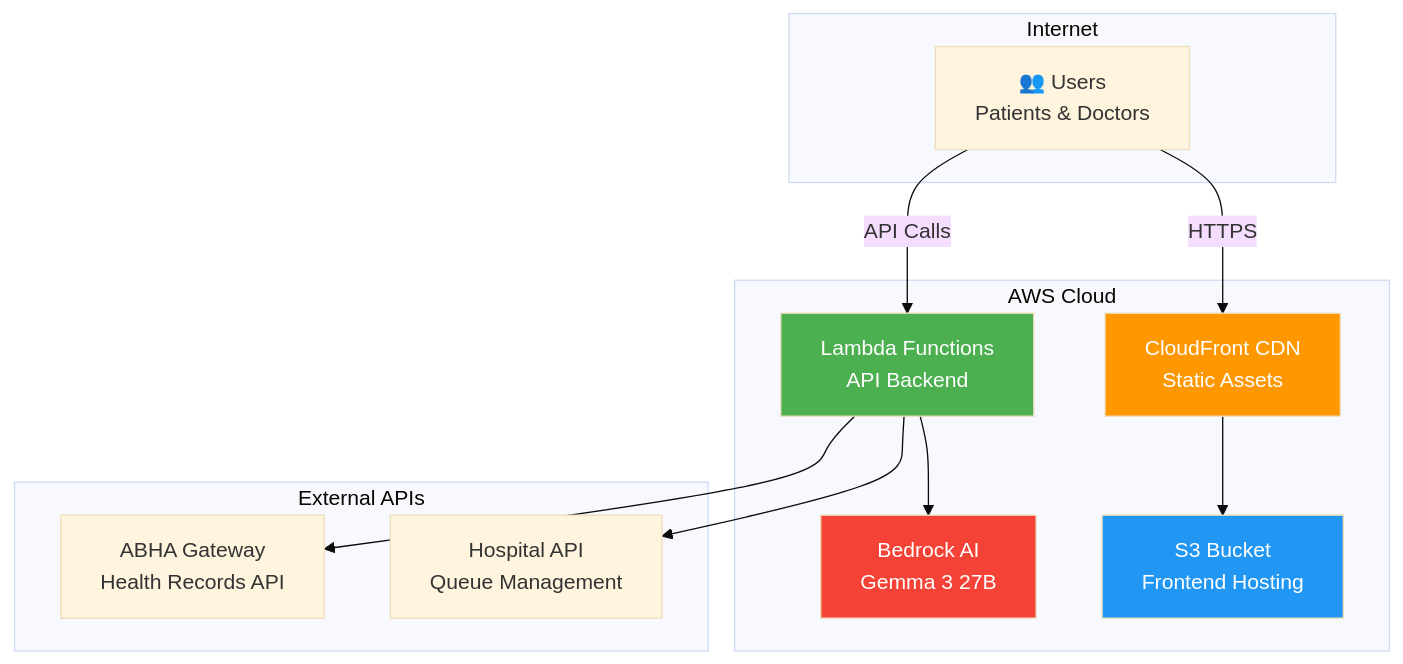
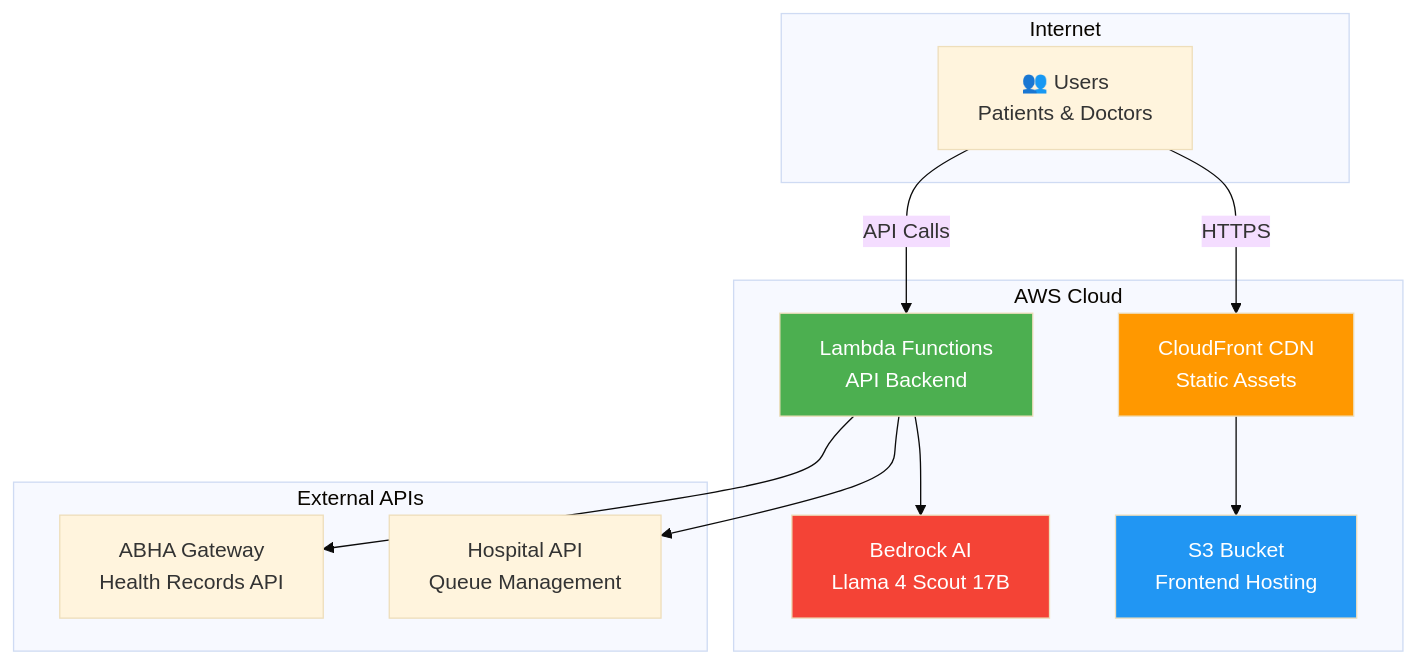
The fifth of 6 diagrams in ARCHITECTURE.md (huiguys/civicmind-health-ai), drawn with Mermaid (base theme) before and after one commit. The commit also changed other lines of this file and 4 other files, not shown here.

First line of the commit message:
feat: Upgrade AI model from Gemma 3 27B to Llama 4 Scout 17B

````diff
--- a/ARCHITECTURE.md
+++ b/ARCHITECTURE.md
@@ -249,30 +249,30 @@
 ```mermaid
 graph TB
     subgraph "Internet"
         Users["👥 Users<br/>Patients & Doctors"]
     end
     
     subgraph "AWS Cloud"
         CloudFront["CloudFront CDN<br/>Static Assets"]
         Lambda["Lambda Functions<br/>API Backend"]
-        Bedrock["Bedrock AI<br/>Gemma 3 27B"]
+        Bedrock["Bedrock AI<br/>Llama 4 Scout 17B"]
         S3["S3 Bucket<br/>Frontend Hosting"]
     end
     
     subgraph "External APIs"
         ABHA_API["ABHA Gateway<br/>Health Records API"]
         Hospital_API["Hospital API<br/>Queue Management"]
     end
     
     Users -->|HTTPS| CloudFront
     CloudFront --> S3
     Users -->|API Calls| Lambda
     Lambda --> Bedrock
     Lambda --> ABHA_API
     Lambda --> Hospital_API
     
     style CloudFront fill:#FF9800,color:#fff
     style Lambda fill:#4CAF50,color:#fff
     style Bedrock fill:#F44336,color:#fff
     style S3 fill:#2196F3,color:#fff
 ```
````
